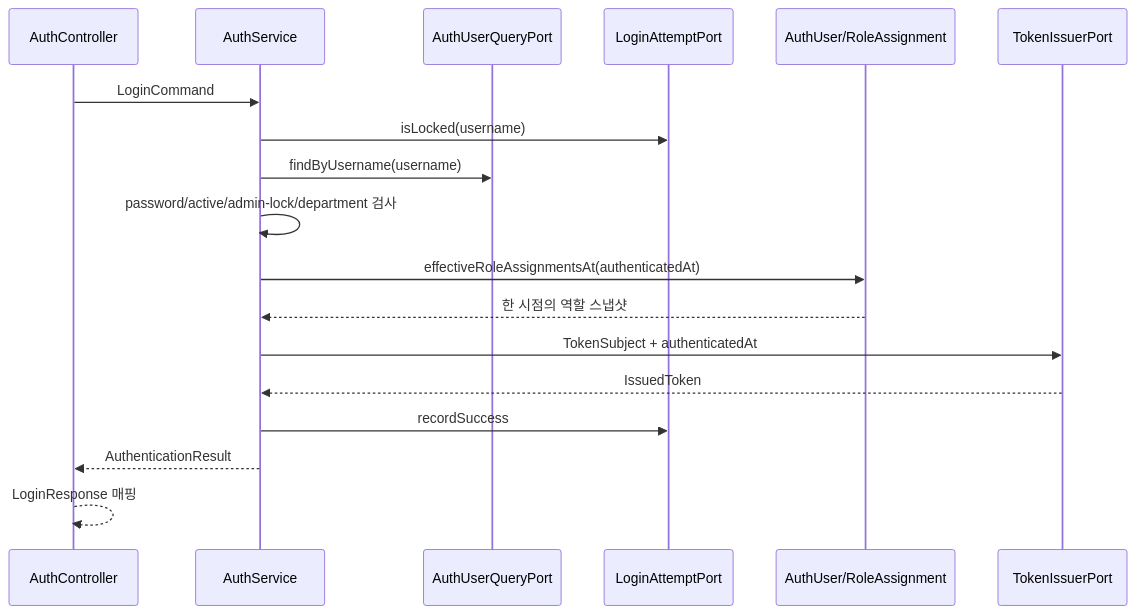
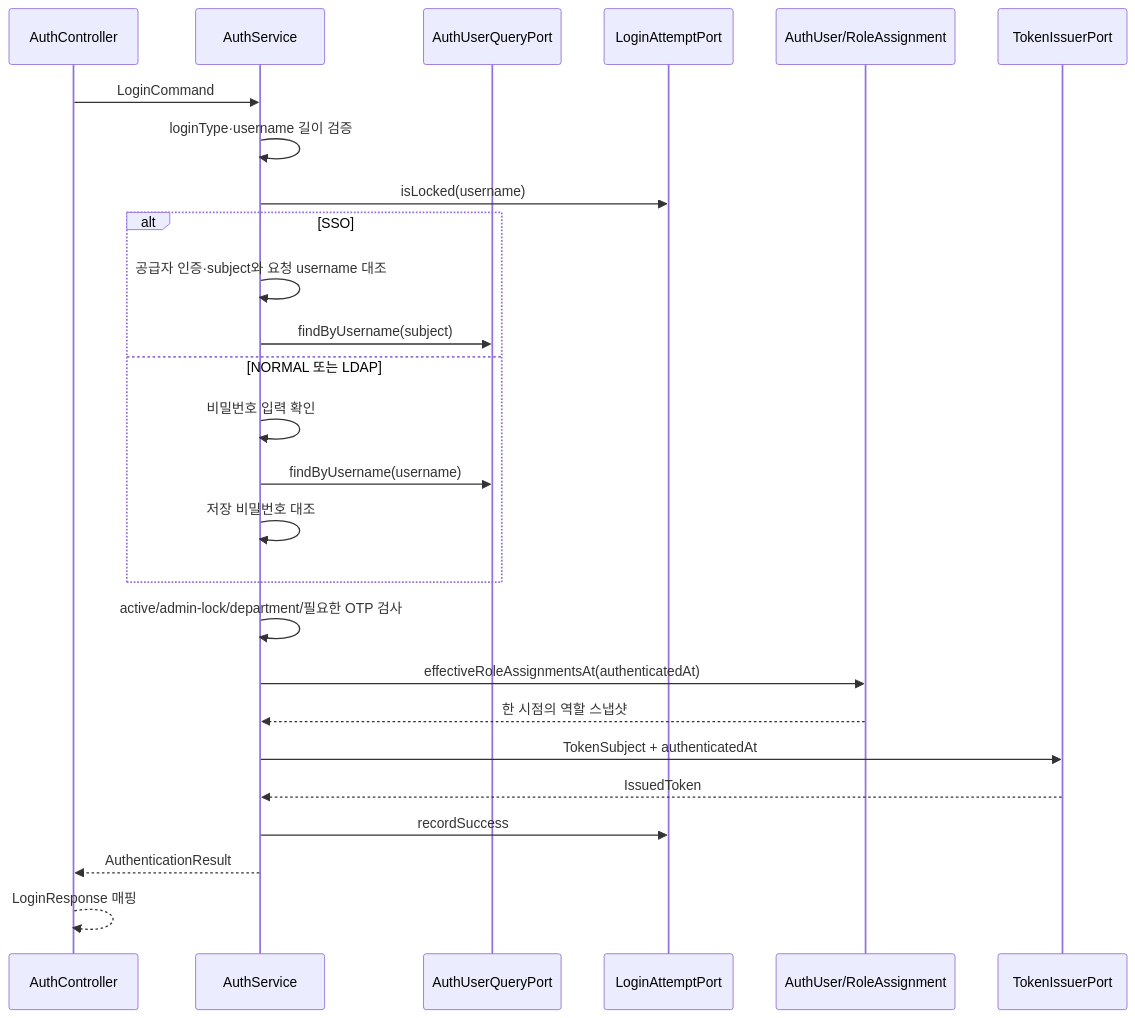
One commit to skyg547/account changed the first of 2 diagrams in auth/docs/process-flow.md. Above: the diagram before and after it, drawn with Mermaid. The commit also changed other lines of this file and 11 other files, not shown here.

````diff
--- a/auth/docs/process-flow.md
+++ b/auth/docs/process-flow.md
@@ -48,21 +48,29 @@
 ```mermaid
 sequenceDiagram
     participant API as AuthController
     participant Service as AuthService
     participant UserPort as AuthUserQueryPort
     participant Attempt as LoginAttemptPort
     participant Domain as AuthUser/RoleAssignment
     participant Token as TokenIssuerPort
 
     API->>Service: LoginCommand
+    Service->>Service: loginType·username 길이 검증
     Service->>Attempt: isLocked(username)
-    Service->>UserPort: findByUsername(username)
-    Service->>Service: password/active/admin-lock/department 검사
+    alt SSO
+        Service->>Service: 공급자 인증·subject와 요청 username 대조
+        Service->>UserPort: findByUsername(subject)
+    else NORMAL 또는 LDAP
+        Service->>Service: 비밀번호 입력 확인
+        Service->>UserPort: findByUsername(username)
+        Service->>Service: 저장 비밀번호 대조
+    end
+    Service->>Service: active/admin-lock/department/필요한 OTP 검사
     Service->>Domain: effectiveRoleAssignmentsAt(authenticatedAt)
     Domain-->>Service: 한 시점의 역할 스냅샷
     Service->>Token: TokenSubject + authenticatedAt
     Token-->>Service: IssuedToken
     Service->>Attempt: recordSuccess
     Service-->>API: AuthenticationResult
     API-->>API: LoginResponse 매핑
 ```
````
